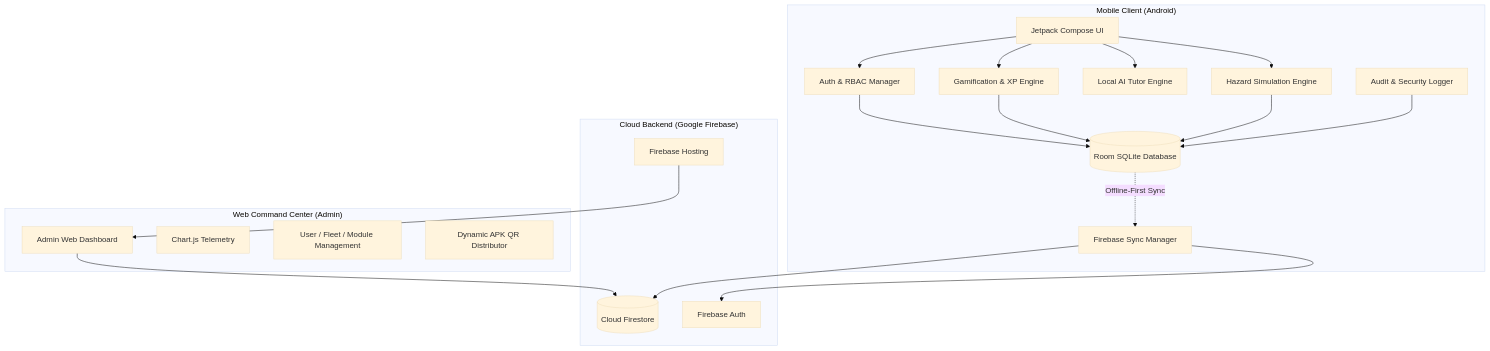
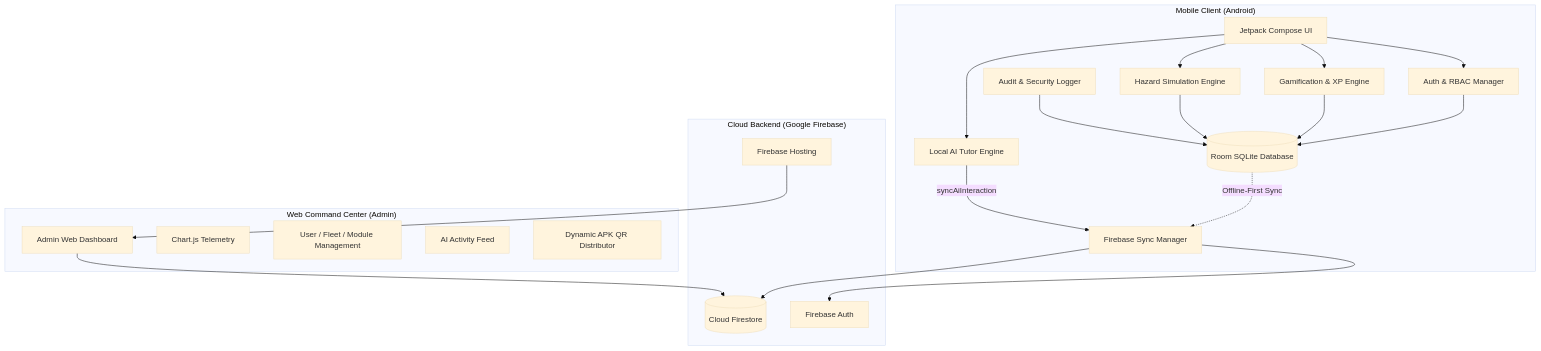
The first of 2 diagrams in SYSTEM_FEATURE_AUDIT.md (jiemmm03/Gamified-Road-Safety-Awareness), drawn with Mermaid (base theme) before and after one commit. The commit also changed other lines of this file, not shown here.

````diff
--- a/SYSTEM_FEATURE_AUDIT.md
+++ b/SYSTEM_FEATURE_AUDIT.md
@@ -20,37 +20,39 @@
 ```mermaid
 graph TD
     subgraph "Mobile Client (Android)"
         MA[Jetpack Compose UI]
         AM[Auth & RBAC Manager]
         GE[Gamification & XP Engine]
         AIT[Local AI Tutor Engine]
         SIM[Hazard Simulation Engine]
         AUD[Audit & Security Logger]
         ROOM[(Room SQLite Database)]
         FSM[Firebase Sync Manager]
         
         MA --> AM
         MA --> GE
         MA --> AIT
         MA --> SIM
         AM & GE & SIM & AUD --> ROOM
         ROOM -. Offline-First Sync .-> FSM
+        AIT -- syncAiInteraction --> FSM
     end
 
     subgraph "Cloud Backend (Google Firebase)"
         FSTORE[(Cloud Firestore)]
         FAUTH[Firebase Auth]
         FHOST[Firebase Hosting]
         FSM --> FSTORE
         FSM --> FAUTH
     end
 
     subgraph "Web Command Center (Admin)"
         WD[Admin Web Dashboard]
         WCH[Chart.js Telemetry]
         WM[User / Fleet / Module Management]
+        WAI[AI Activity Feed]
         WQR[Dynamic APK QR Distributor]
         WD --> FSTORE
         FHOST --> WD
     end
 ```
````
